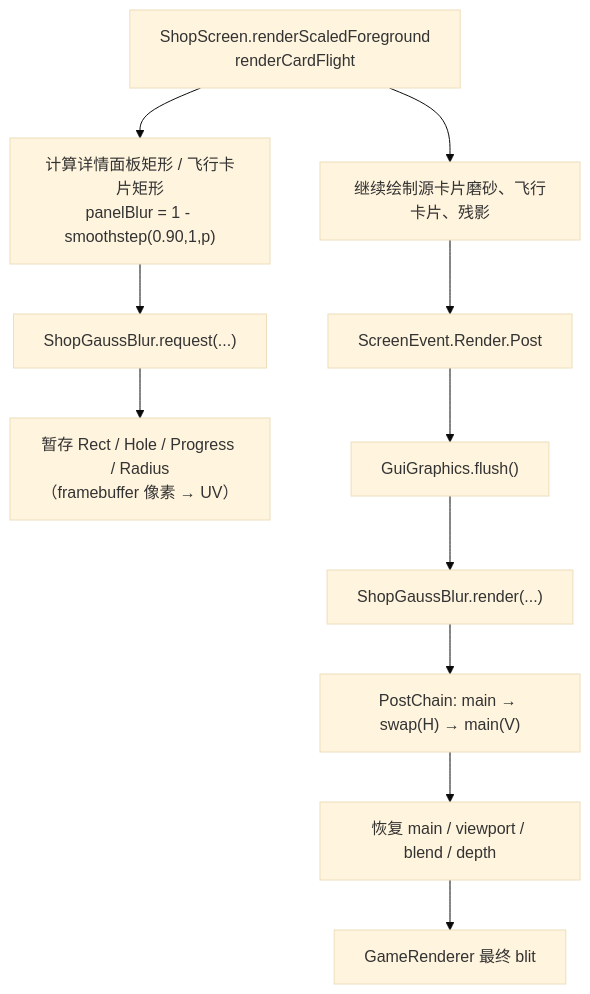
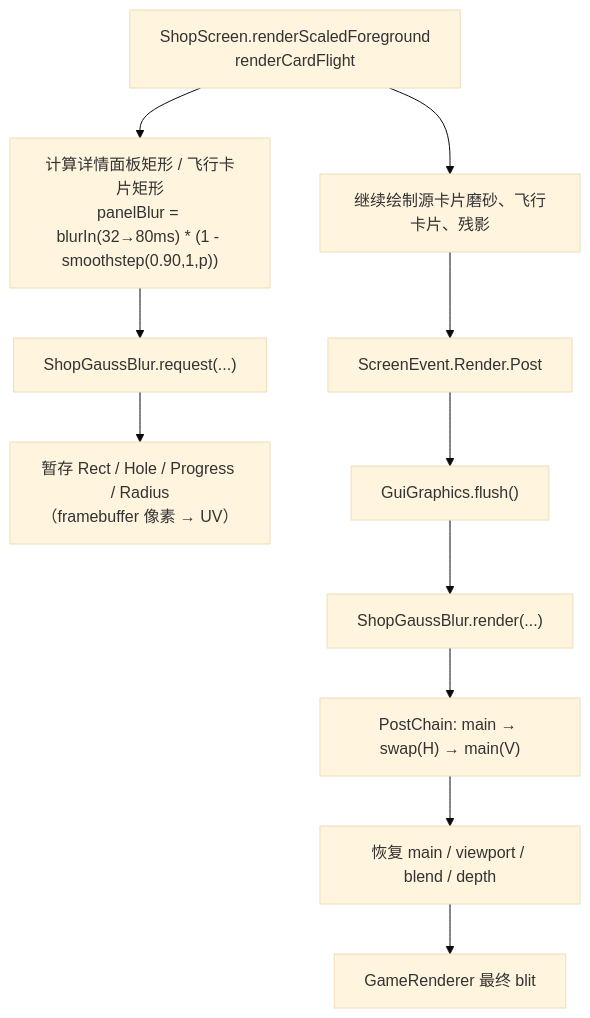
Before and after one commit to dishanhai/gtl_shanhai-dishanhai: the first of 2 diagrams in technical-docs/商店局部高斯模糊_技术实现.md, drawn with Mermaid (base theme). The commit also changed other lines of this file and 11 other files, not shown here.

````diff
--- a/technical-docs/商店局部高斯模糊_技术实现.md
+++ b/technical-docs/商店局部高斯模糊_技术实现.md
@@ -94,13 +94,13 @@
 ```mermaid
 flowchart TD
-    A["ShopScreen.renderScaledForeground<br/>renderCardFlight"] --> B["计算详情面板矩形 / 飞行卡片矩形<br/>panelBlur = 1 - smoothstep(0.90,1,p)"]
+    A["ShopScreen.renderScaledForeground<br/>renderCardFlight"] --> B["计算详情面板矩形 / 飞行卡片矩形<br/>panelBlur = blurIn(32→80ms) * (1 - smoothstep(0.90,1,p))"]
     B --> C["ShopGaussBlur.request(...)"]
     C --> D["暂存 Rect / Hole / Progress / Radius<br/>（framebuffer 像素 → UV）"]
     A --> E["继续绘制源卡片磨砂、飞行卡片、残影"]
     E --> F["ScreenEvent.Render.Post"]
     F --> G["GuiGraphics.flush()"]
     G --> H["ShopGaussBlur.render(...)"]
     H --> I["PostChain: main → swap(H) → main(V)"]
     I --> J["恢复 main / viewport / blend / depth"]
     J --> K["GameRenderer 最终 blit"]
 ```
````
